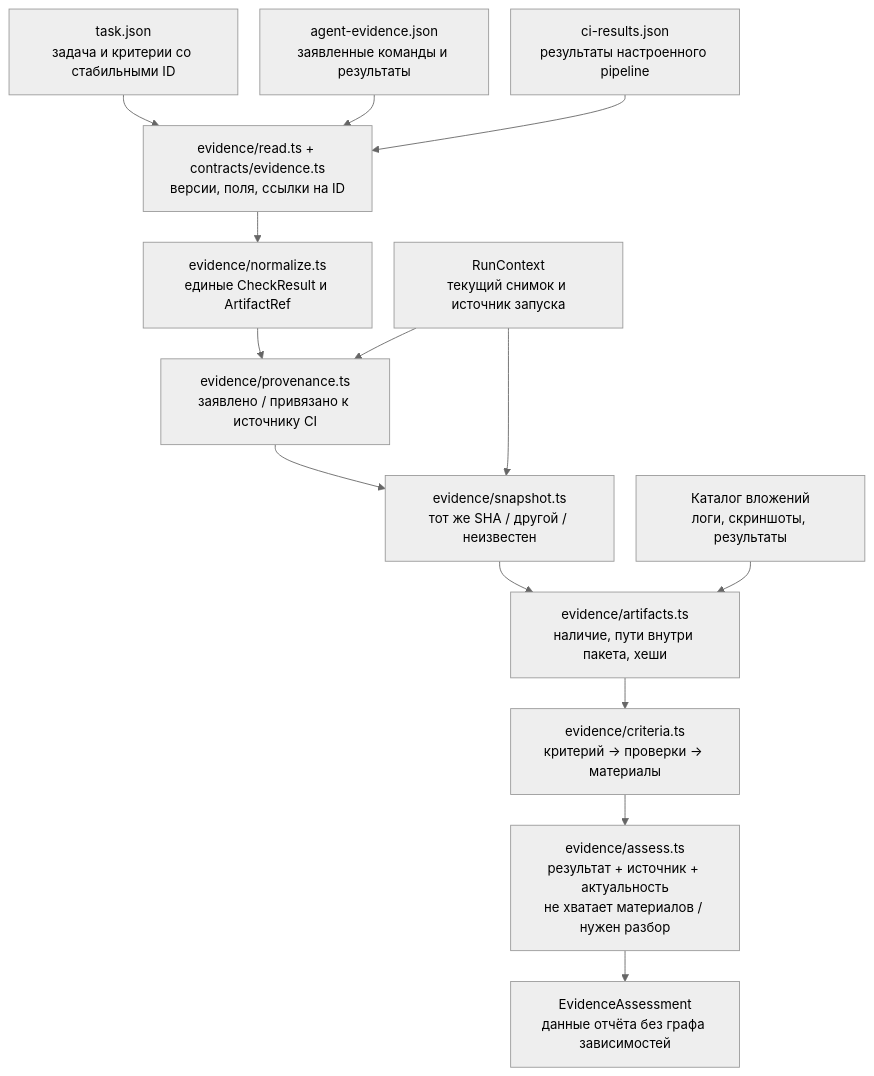
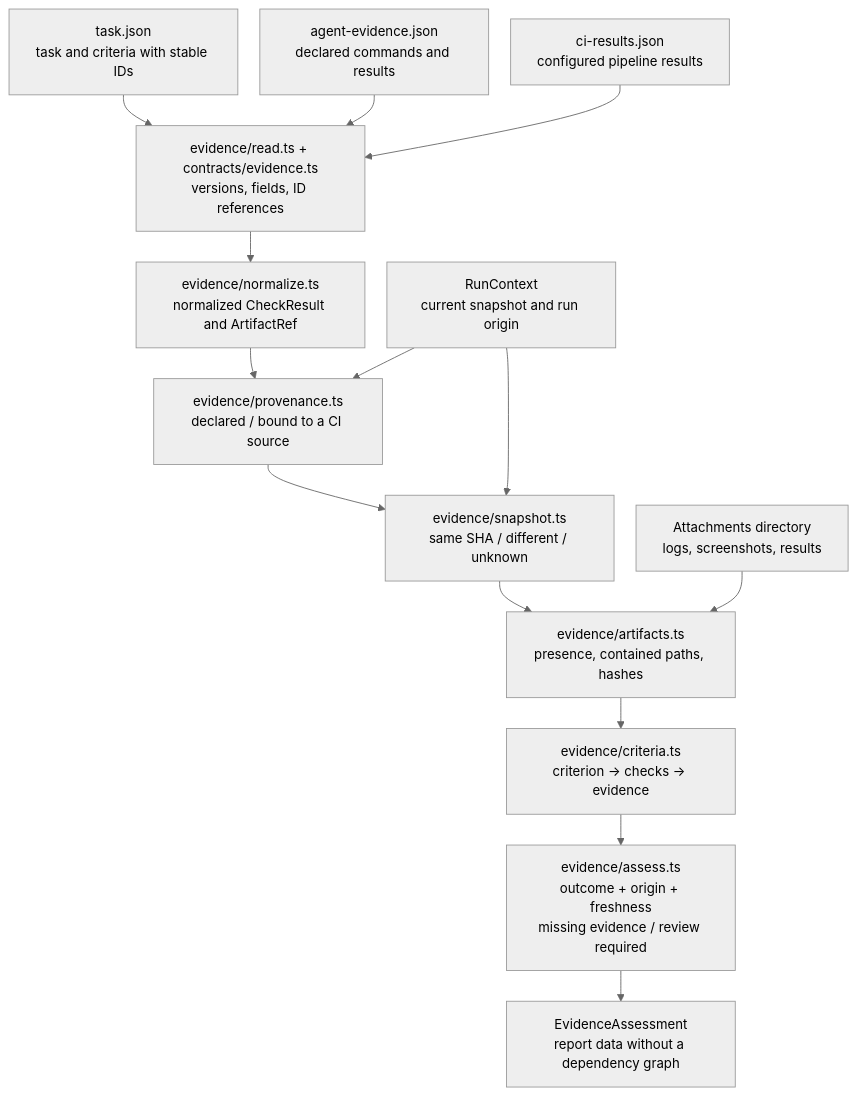
Before and after one commit to rustic0la/codebase-mapper: the diagram in diagrams/v1-evidence.mmd, drawn with Mermaid. The commit also changed 23 other files, not shown here.

```diff
--- a/diagrams/v1-evidence.mmd
+++ b/diagrams/v1-evidence.mmd
@@ -1,16 +1,16 @@
 %%{init: {"theme":"neutral","flowchart":{"curve":"basis","nodeSpacing":25,"rankSpacing":35},"themeVariables":{"fontSize":"15px"}}}%%
 flowchart TD
-  TASK["task.json<br/>задача и критерии со стабильными ID"] --> VALIDATE
-  AGENT["agent-evidence.json<br/>заявленные команды и результаты"] --> VALIDATE
-  CI["ci-results.json<br/>результаты настроенного pipeline"] --> VALIDATE
-  VALIDATE["evidence/read.ts + contracts/evidence.ts<br/>версии, поля, ссылки на ID"] --> NORMALIZE
-  NORMALIZE["evidence/normalize.ts<br/>единые CheckResult и ArtifactRef"] --> ORIGIN
-  ORIGIN["evidence/provenance.ts<br/>заявлено / привязано к источнику CI"] --> MATCH
-  CONTEXT["RunContext<br/>текущий снимок и источник запуска"] --> ORIGIN
+  TASK["task.json<br/>task and criteria with stable IDs"] --> VALIDATE
+  AGENT["agent-evidence.json<br/>declared commands and results"] --> VALIDATE
+  CI["ci-results.json<br/>configured pipeline results"] --> VALIDATE
+  VALIDATE["evidence/read.ts + contracts/evidence.ts<br/>versions, fields, ID references"] --> NORMALIZE
+  NORMALIZE["evidence/normalize.ts<br/>normalized CheckResult and ArtifactRef"] --> ORIGIN
+  ORIGIN["evidence/provenance.ts<br/>declared / bound to a CI source"] --> MATCH
+  CONTEXT["RunContext<br/>current snapshot and run origin"] --> ORIGIN
   CONTEXT --> MATCH
-  MATCH["evidence/snapshot.ts<br/>тот же SHA / другой / неизвестен"] --> INTEGRITY
-  ARTIFACTS["Каталог вложений<br/>логи, скриншоты, результаты"] --> INTEGRITY
-  INTEGRITY["evidence/artifacts.ts<br/>наличие, пути внутри пакета, хеши"] --> LINK
-  LINK["evidence/criteria.ts<br/>критерий → проверки → материалы"] --> ASSESS
-  ASSESS["evidence/assess.ts<br/>результат + источник + актуальность<br/>не хватает материалов / нужен разбор"] --> RESULT
-  RESULT["EvidenceAssessment<br/>данные отчёта без графа зависимостей"]
+  MATCH["evidence/snapshot.ts<br/>same SHA / different / unknown"] --> INTEGRITY
+  ARTIFACTS["Attachments directory<br/>logs, screenshots, results"] --> INTEGRITY
+  INTEGRITY["evidence/artifacts.ts<br/>presence, contained paths, hashes"] --> LINK
+  LINK["evidence/criteria.ts<br/>criterion → checks → evidence"] --> ASSESS
+  ASSESS["evidence/assess.ts<br/>outcome + origin + freshness<br/>missing evidence / review required"] --> RESULT
+  RESULT["EvidenceAssessment<br/>report data without a dependency graph"]
```
